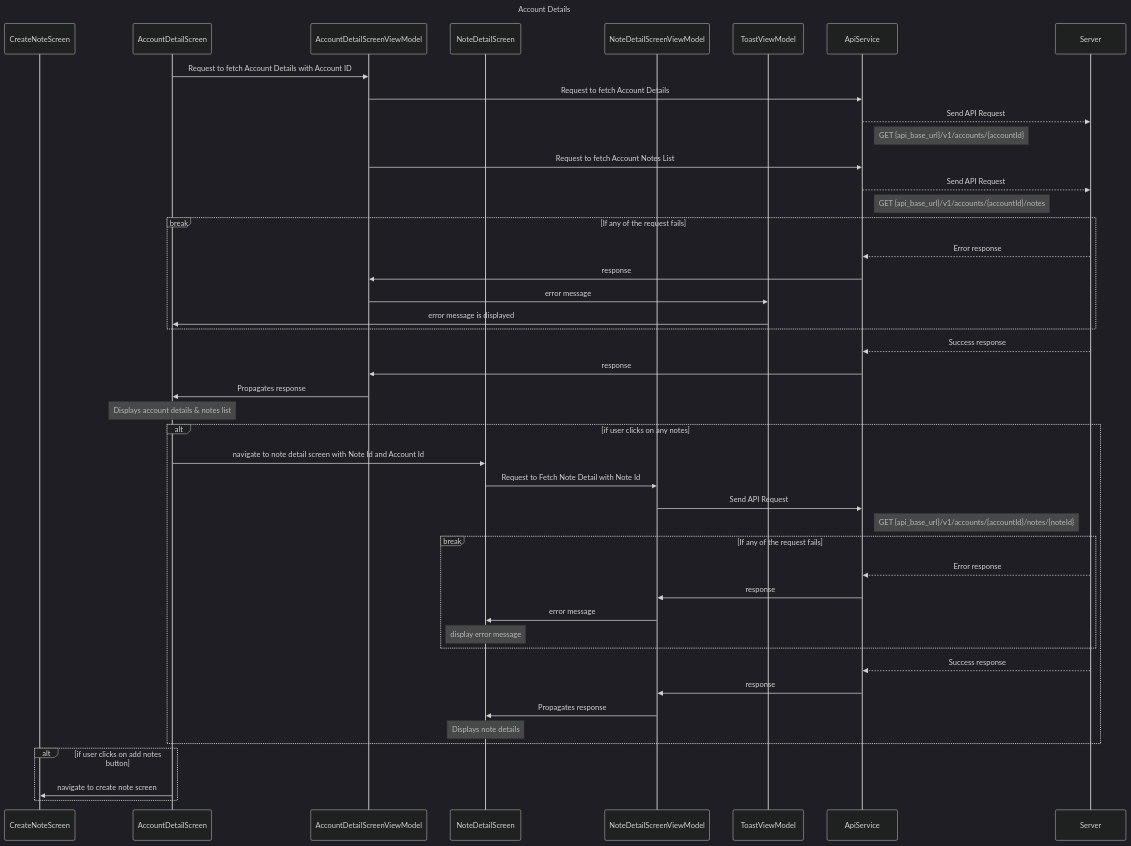
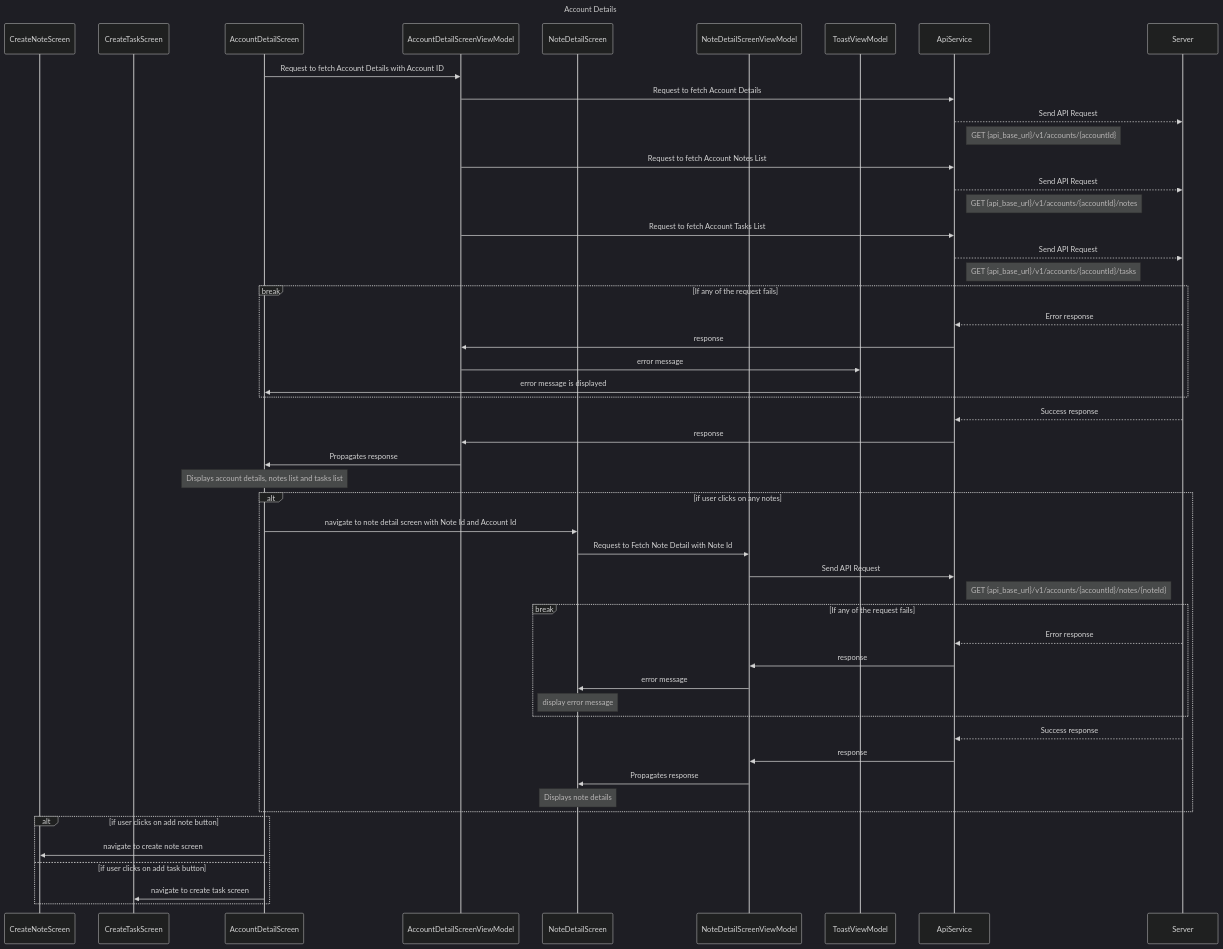
One commit to TrueSparrowSystems/AI-SalesSparrow-Docs changed the diagram in flowDiagrams/IOS/AccountDetailScreen.mermaid. Above: the diagram before and after it, drawn with Mermaid (dark theme).

Commit message:
added flow for fetch account tasks - iOS

```diff
--- a/flowDiagrams/IOS/AccountDetailScreen.mermaid
+++ b/flowDiagrams/IOS/AccountDetailScreen.mermaid
@@ -1,58 +1,64 @@
 sequenceDiagram
     title Account Details
 
-    participant CS as CreateNoteScreen
+    participant CNS as CreateNoteScreen
+    participant CTS as CreateTaskScreen
     participant ADS as AccountDetailScreen
     participant ADSVM as AccountDetailScreenViewModel
     participant NDS as NoteDetailScreen
     participant NDSVM as NoteDetailScreenViewModel
     participant TVM as ToastViewModel
     participant AS as ApiService
     participant S as Server
 
 
     ADS->>ADSVM: Request to fetch Account Details with Account ID
-    ADSVM->>AS: Request to fetch Account Details 
+    ADSVM->>AS: Request to fetch Account Details
     AS-->>S: Send API Request
     note right of AS: GET {api_base_url}/v1/accounts/{accountId}
     ADSVM->>AS: Request to fetch Account Notes List
     AS-->>S: Send API Request
     note right of AS: GET {api_base_url}/v1/accounts/{accountId}/notes
+    ADSVM->>AS: Request to fetch Account Tasks List
+    AS-->>S: Send API Request
+    note right of AS: GET {api_base_url}/v1/accounts/{accountId}/tasks
     
 
     break If any of the request fails
         S-->>AS: Error response
         AS->>ADSVM: response
         ADSVM->>TVM: error message
         TVM->>ADS: error message is displayed
     end
     
     S-->>AS: Success response
     AS->>ADSVM: response
     ADSVM->>ADS: Propagates response
-    note over ADS: Displays account details & notes list
+    note over ADS: Displays account details, notes list and tasks list
 
     alt if user clicks on any notes 
         ADS ->> NDS: navigate to note detail screen with Note Id and Account Id
         NDS ->> NDSVM: Request to Fetch Note Detail with Note Id
         NDSVM ->> AS: Send API Request
         note right of AS: GET {api_base_url}/v1/accounts/{accountId}/notes/{noteId}
 
         break If any of the request fails
             S-->>AS: Error response
             AS->>NDSVM: response
             NDSVM->>NDS: error message
             note over NDS: display error message
 
         end
 
         S-->>AS: Success response
         AS->>NDSVM: response
         NDSVM->>NDS: Propagates response
         note over NDS: Displays note details
 
     end
 
-    alt if user clicks on add notes button
-        ADS ->> CS: navigate to create note screen
+    alt if user clicks on add note button
+        ADS ->> CNS: navigate to create note screen
+    else if user clicks on add task button
+        ADS ->> CTS: navigate to create task screen
     end
```
